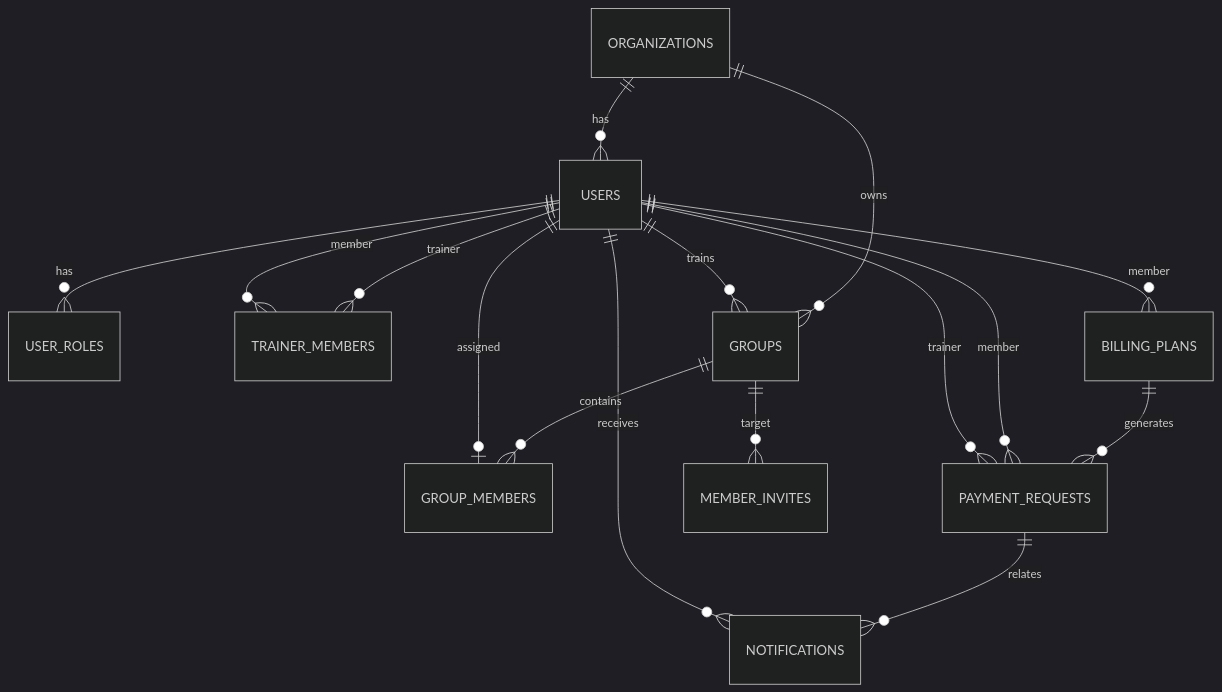
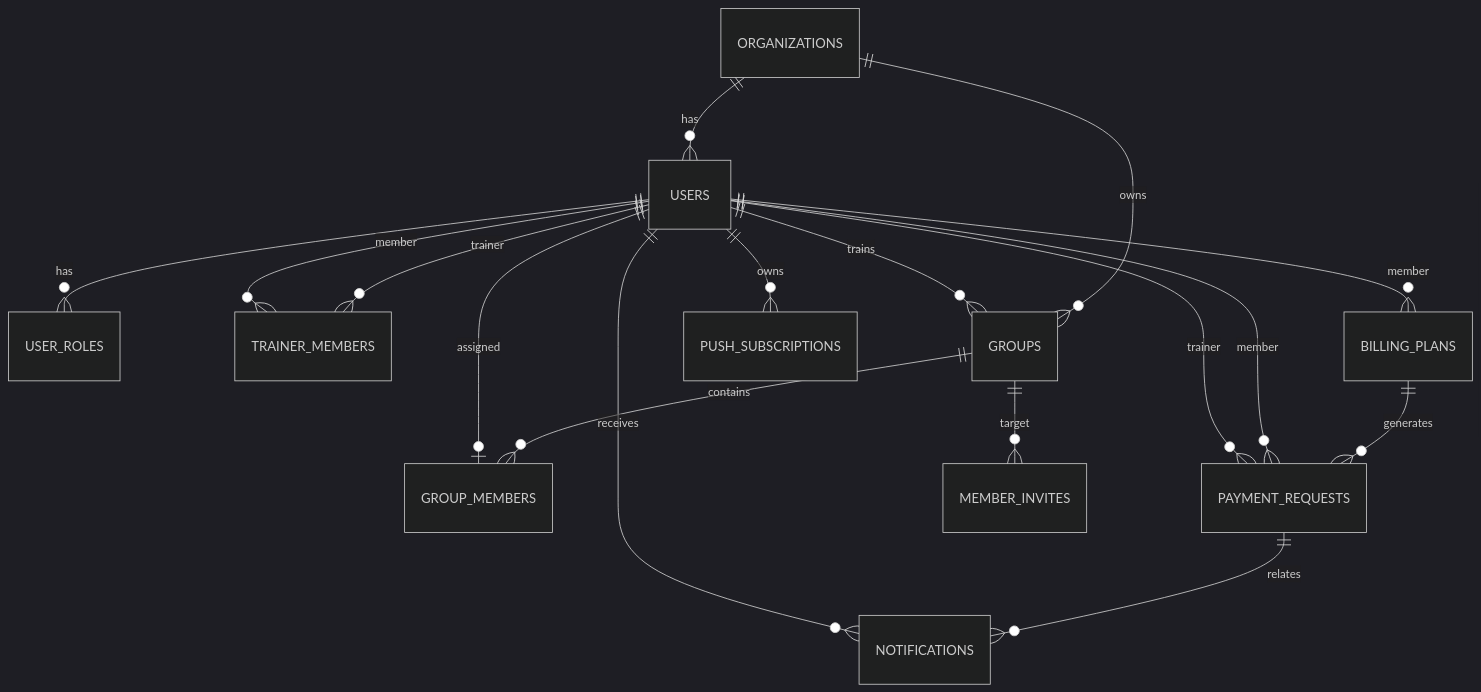
The diagram in docs/database.md (RahaAndiyskiy/tartib), drawn with Mermaid (dark theme) before and after one commit. The commit also changed other lines of this file and 18 other files, not shown here.

````diff
--- a/docs/database.md
+++ b/docs/database.md
@@ -139,18 +151,19 @@
 ```mermaid
 erDiagram
   ORGANIZATIONS ||--o{ USERS : has
   USERS ||--o{ USER_ROLES : has
   USERS ||--o{ TRAINER_MEMBERS : trainer
   USERS ||--o{ TRAINER_MEMBERS : member
   ORGANIZATIONS ||--o{ GROUPS : owns
   USERS ||--o{ GROUPS : trains
   GROUPS ||--o{ GROUP_MEMBERS : contains
   USERS ||--o| GROUP_MEMBERS : assigned
   USERS ||--o{ BILLING_PLANS : member
   BILLING_PLANS ||--o{ PAYMENT_REQUESTS : generates
   USERS ||--o{ PAYMENT_REQUESTS : member
   USERS ||--o{ PAYMENT_REQUESTS : trainer
   PAYMENT_REQUESTS ||--o{ NOTIFICATIONS : relates
   USERS ||--o{ NOTIFICATIONS : receives
   GROUPS ||--o{ MEMBER_INVITES : target
+  USERS ||--o{ PUSH_SUBSCRIPTIONS : owns
 ```
````
